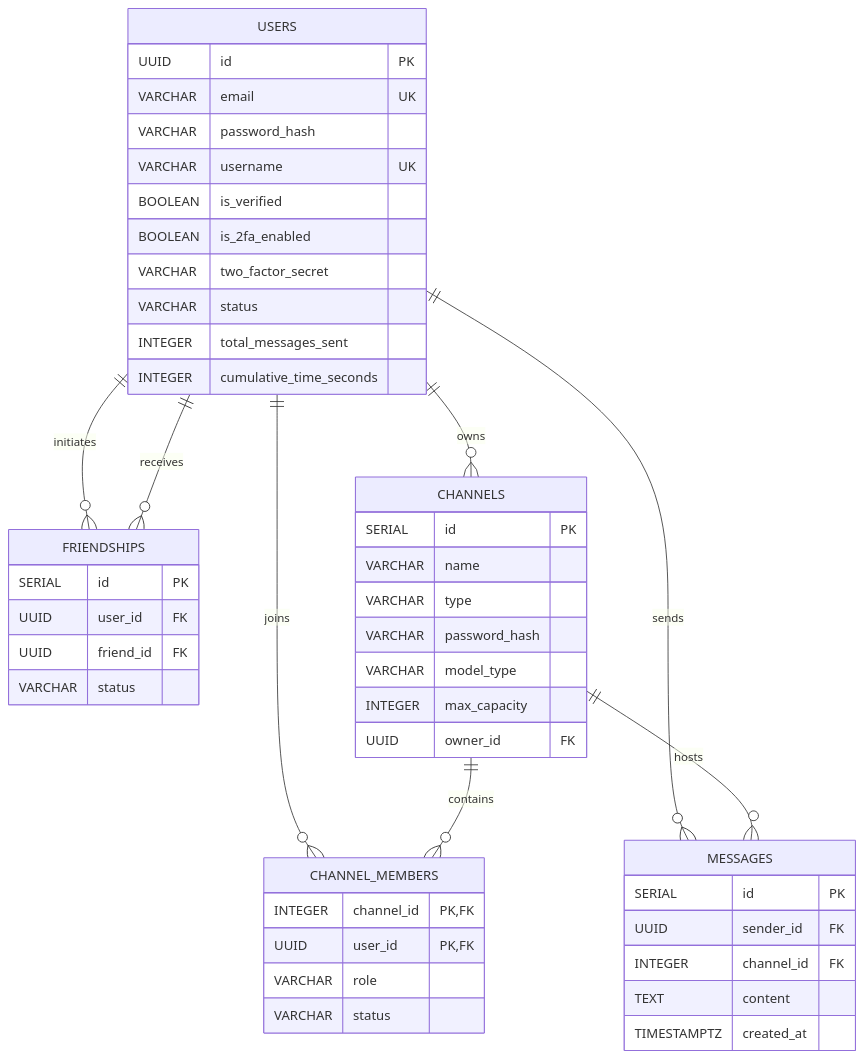
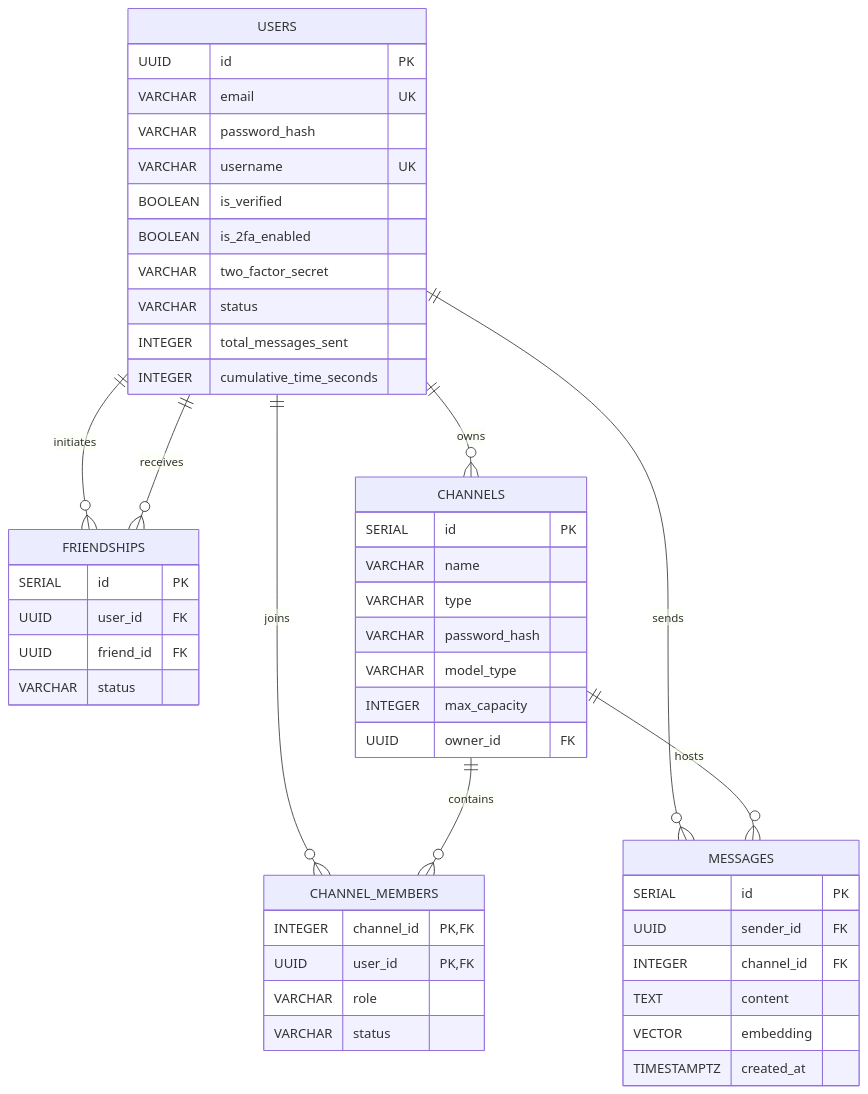
Before and after one commit to haiuaki/ft_transcendence: the diagram in README.md, drawn with Mermaid. The commit also changed other lines of this file and 12 other files, not shown here.

````diff
--- a/README.md
+++ b/README.md
@@ -124,51 +124,52 @@
 ```mermaid
 erDiagram
     USERS ||--o{ FRIENDSHIPS : "initiates"
     USERS ||--o{ FRIENDSHIPS : "receives"
     USERS ||--o{ CHANNELS : "owns"
     USERS ||--o{ CHANNEL_MEMBERS : "joins"
     USERS ||--o{ MESSAGES : "sends"
     CHANNELS ||--o{ CHANNEL_MEMBERS : "contains"
     CHANNELS ||--o{ MESSAGES : "hosts"
 
     USERS {
         UUID id PK
         VARCHAR email UK
         VARCHAR password_hash
         VARCHAR username UK
         BOOLEAN is_verified
         BOOLEAN is_2fa_enabled
         VARCHAR two_factor_secret
         VARCHAR status
         INTEGER total_messages_sent
         INTEGER cumulative_time_seconds
     }
     FRIENDSHIPS {
         SERIAL id PK
         UUID user_id FK
         UUID friend_id FK
         VARCHAR status
     }
     CHANNELS {
         SERIAL id PK
         VARCHAR name
         VARCHAR type
         VARCHAR password_hash
         VARCHAR model_type
         INTEGER max_capacity
         UUID owner_id FK
     }
     CHANNEL_MEMBERS {
         INTEGER channel_id PK, FK
         UUID user_id PK, FK
         VARCHAR role
         VARCHAR status
     }
     MESSAGES {
         SERIAL id PK
         UUID sender_id FK
         INTEGER channel_id FK
         TEXT content
+        VECTOR embedding
         TIMESTAMPTZ created_at
     }
 ```
````
